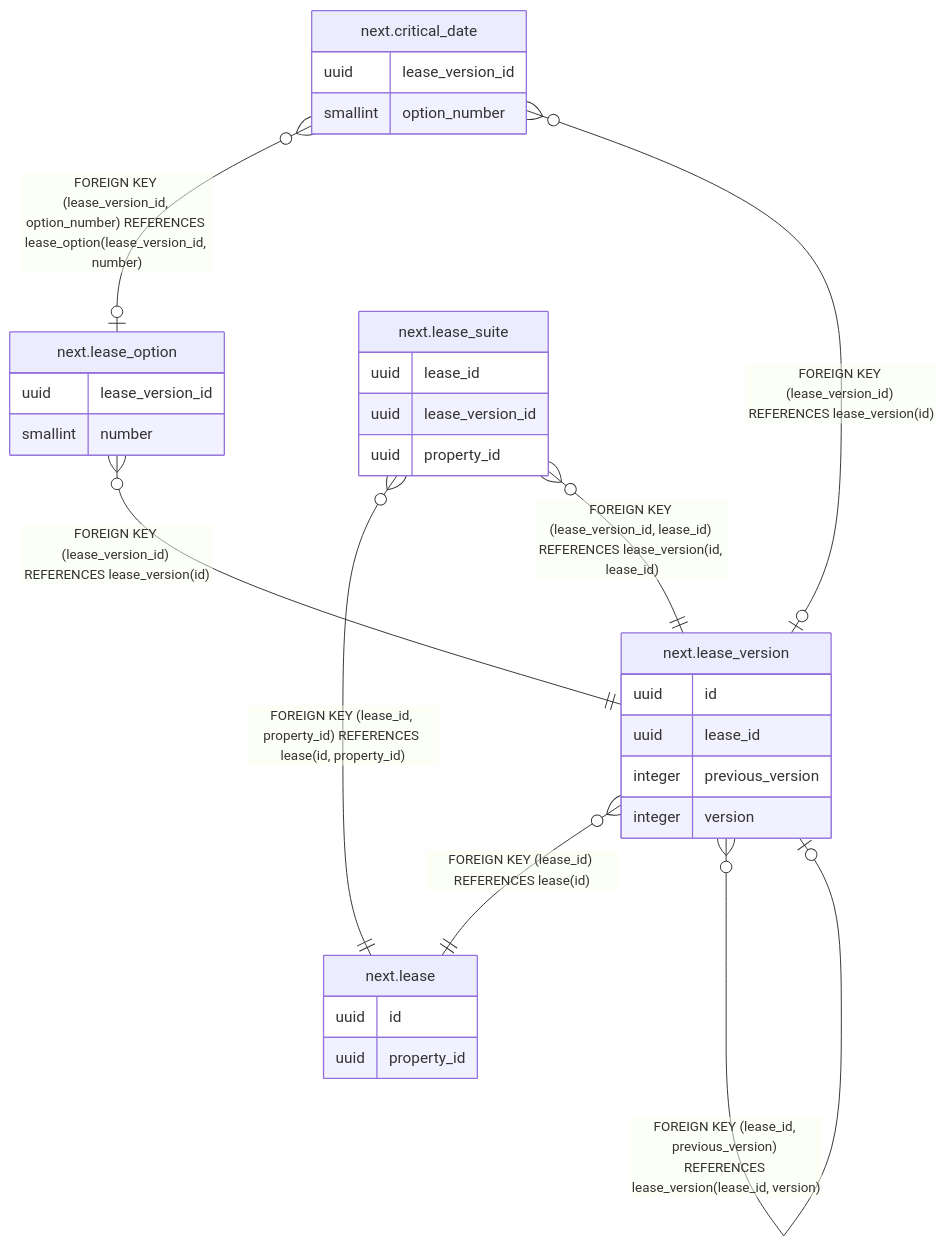
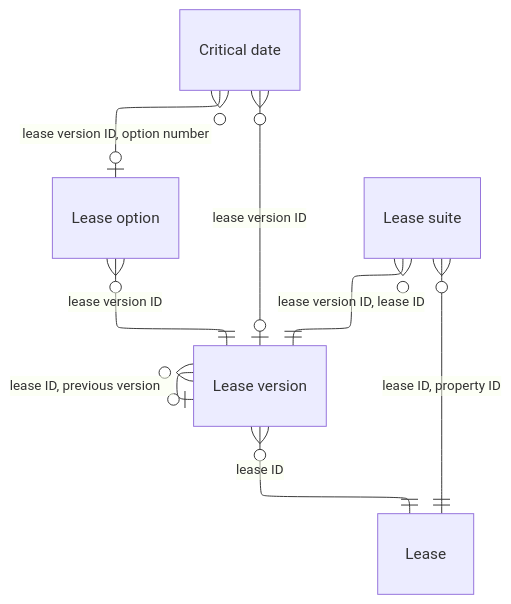
One commit to DoctorCRE/doctorcre-engine changed the diagram in docs/database/tables/viewpoint-leases.md. Above: the diagram before and after it, drawn with Mermaid. The commit also changed other lines of this file and 29 other files, not shown here.

````diff
--- a/docs/database/tables/viewpoint-leases.md
+++ b/docs/database/tables/viewpoint-leases.md
@@ -19,35 +3,22 @@
 ```mermaid
+---
+config:
+  layout: elk
+  er:
+    nodeSpacing: 22
+    rankSpacing: 44
+---
 erDiagram
-
-"next.critical_date" }o--o| "next.lease_option" : "FOREIGN KEY (lease_version_id, option_number) REFERENCES lease_option(lease_version_id, number)"
-"next.critical_date" }o--o| "next.lease_version" : "FOREIGN KEY (lease_version_id) REFERENCES lease_version(id)"
-"next.lease_option" }o--|| "next.lease_version" : "FOREIGN KEY (lease_version_id) REFERENCES lease_version(id)"
-"next.lease_suite" }o--|| "next.lease" : "FOREIGN KEY (lease_id, property_id) REFERENCES lease(id, property_id)"
-"next.lease_suite" }o--|| "next.lease_version" : "FOREIGN KEY (lease_version_id, lease_id) REFERENCES lease_version(id, lease_id)"
-"next.lease_version" }o--|| "next.lease" : "FOREIGN KEY (lease_id) REFERENCES lease(id)"
-"next.lease_version" }o--o| "next.lease_version" : "FOREIGN KEY (lease_id, previous_version) REFERENCES lease_version(lease_id, version)"
-
-"next.critical_date" {
-  uuid lease_version_id
-  smallint option_number
-}
-"next.lease" {
-  uuid id
-  uuid property_id
-}
-"next.lease_option" {
-  uuid lease_version_id
-  smallint number
-}
-"next.lease_suite" {
-  uuid lease_id
-  uuid lease_version_id
-  uuid property_id
-}
-"next.lease_version" {
-  uuid id
-  uuid lease_id
-  integer previous_version
-  integer version
-}
+  "Critical date"
+  "Lease"
+  "Lease option"
+  "Lease suite"
+  "Lease version"
+  "Critical date" }o--o| "Lease option" : "lease version ID, option number"
+  "Critical date" }o--o| "Lease version" : "lease version ID"
+  "Lease option" }o--|| "Lease version" : "lease version ID"
+  "Lease suite" }o--|| "Lease" : "lease ID, property ID"
+  "Lease suite" }o--|| "Lease version" : "lease version ID, lease ID"
+  "Lease version" }o--|| "Lease" : "lease ID"
+  "Lease version" }o--o| "Lease version" : "lease ID, previous version#160;#160;#160;#160;"
 ```
````
